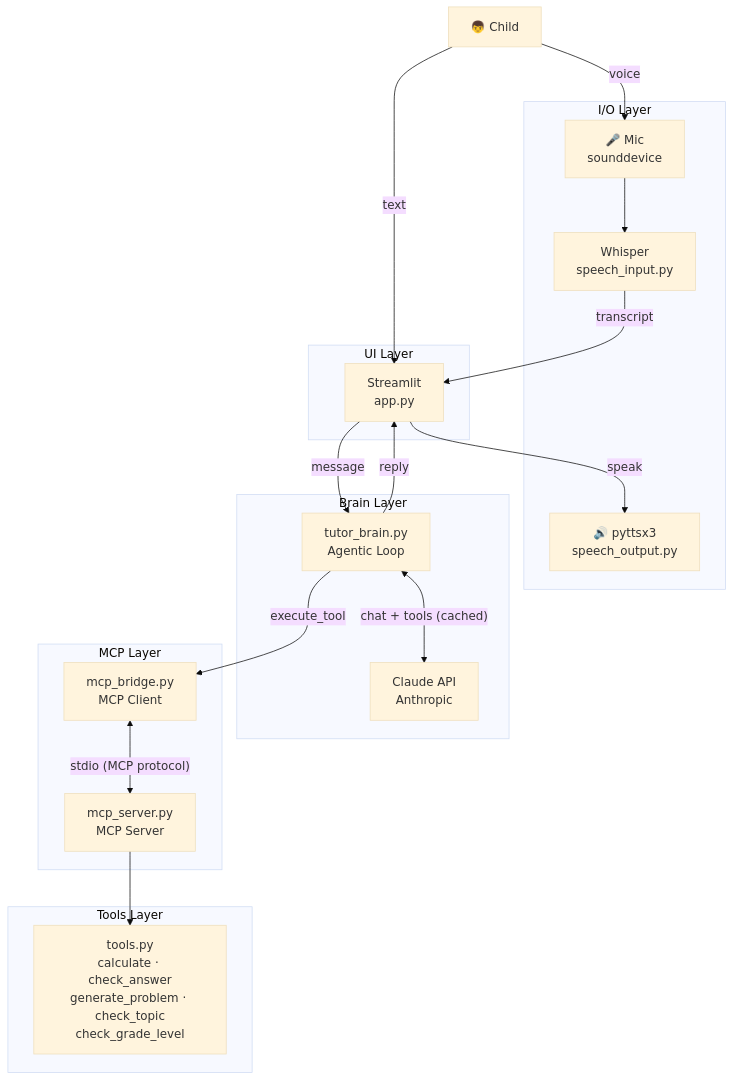
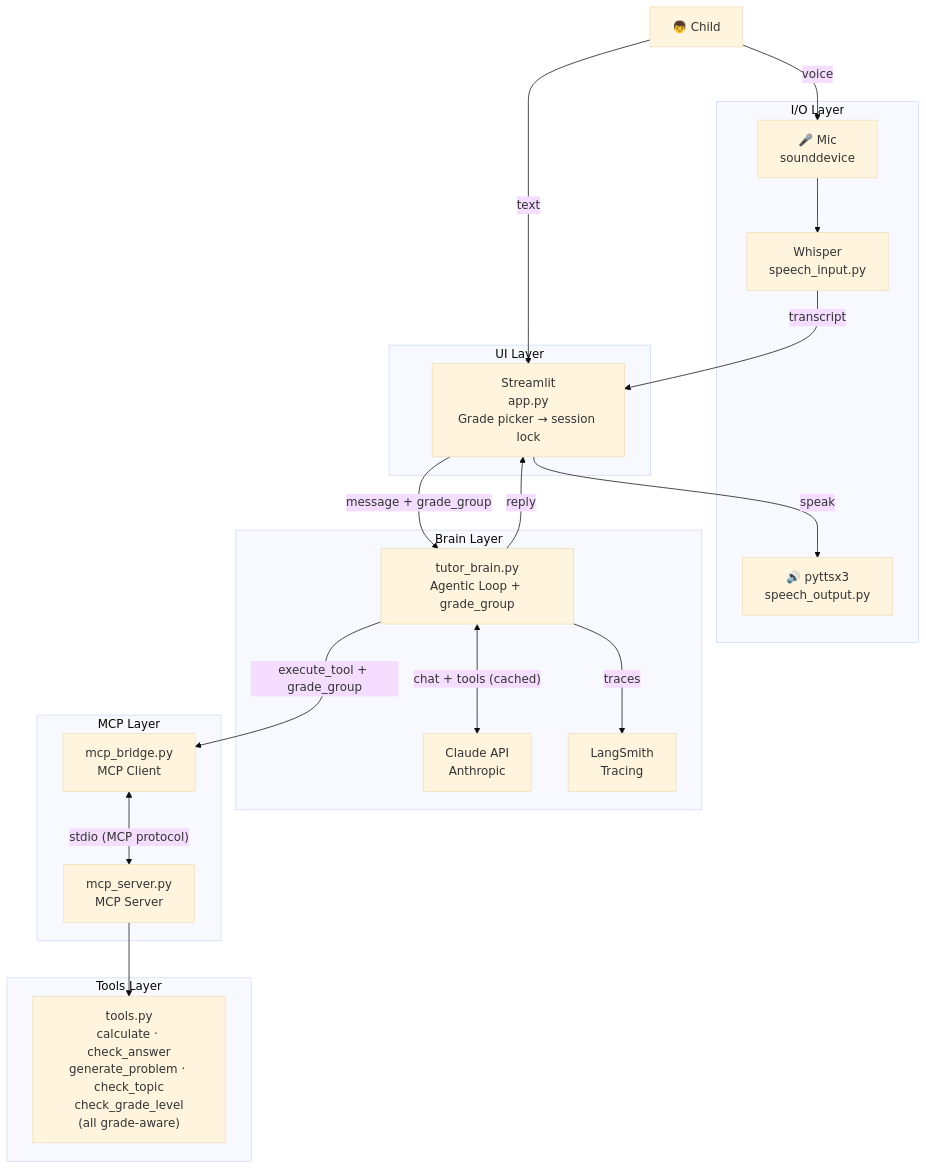
Before and after one commit to twisha/lumi-math-tutor: the diagram in README.md, drawn with Mermaid (base theme). The commit also changed other lines of this file, not shown here.

Commit message:
Update README: Grade 3-5 support and LangSmith observability

````diff
--- a/README.md
+++ b/README.md
@@ -34,36 +41,38 @@
 ```mermaid
 flowchart TD
     subgraph IO["I/O Layer"]
         MIC["🎤 Mic\nsounddevice"] --> WHISPER["Whisper\nspeech_input.py"]
         TTS["🔊 pyttsx3\nspeech_output.py"]
     end
 
     subgraph UI["UI Layer"]
-        APP["Streamlit\napp.py"]
+        APP["Streamlit\napp.py\nGrade picker → session lock"]
     end
 
     subgraph Brain["Brain Layer"]
-        BRAIN["tutor_brain.py\nAgentic Loop"]
+        BRAIN["tutor_brain.py\nAgentic Loop + grade_group"]
         CLAUDE["Claude API\nAnthropic"]
+        LS["LangSmith\nTracing"]
     end
 
     subgraph MCP["MCP Layer"]
         BRIDGE["mcp_bridge.py\nMCP Client"]
         SERVER["mcp_server.py\nMCP Server"]
     end
 
     subgraph Tools["Tools Layer"]
-        TOOLS["tools.py\ncalculate · check_answer\ngenerate_problem · check_topic\ncheck_grade_level"]
+        TOOLS["tools.py\ncalculate · check_answer\ngenerate_problem · check_topic\ncheck_grade_level\n(all grade-aware)"]
     end
 
     CHILD["👦 Child"] -->|voice| MIC
     CHILD -->|text| APP
     WHISPER -->|transcript| APP
-    APP -->|message| BRAIN
+    APP -->|message + grade_group| BRAIN
     BRAIN <-->|"chat + tools (cached)"| CLAUDE
-    BRAIN -->|execute_tool| BRIDGE
+    BRAIN -->|traces| LS
+    BRAIN -->|execute_tool + grade_group| BRIDGE
     BRIDGE <-->|"stdio (MCP protocol)"| SERVER
     SERVER --> TOOLS
     BRAIN -->|reply| APP
     APP -->|speak| TTS
 ```
````
